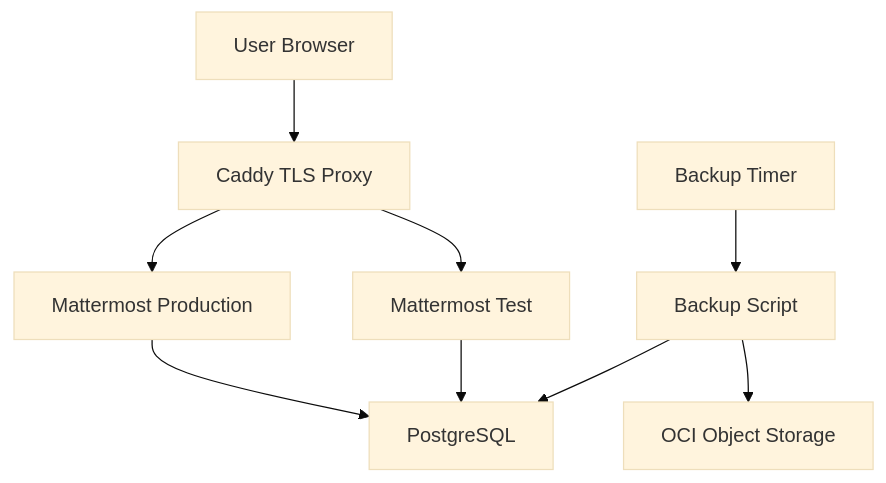
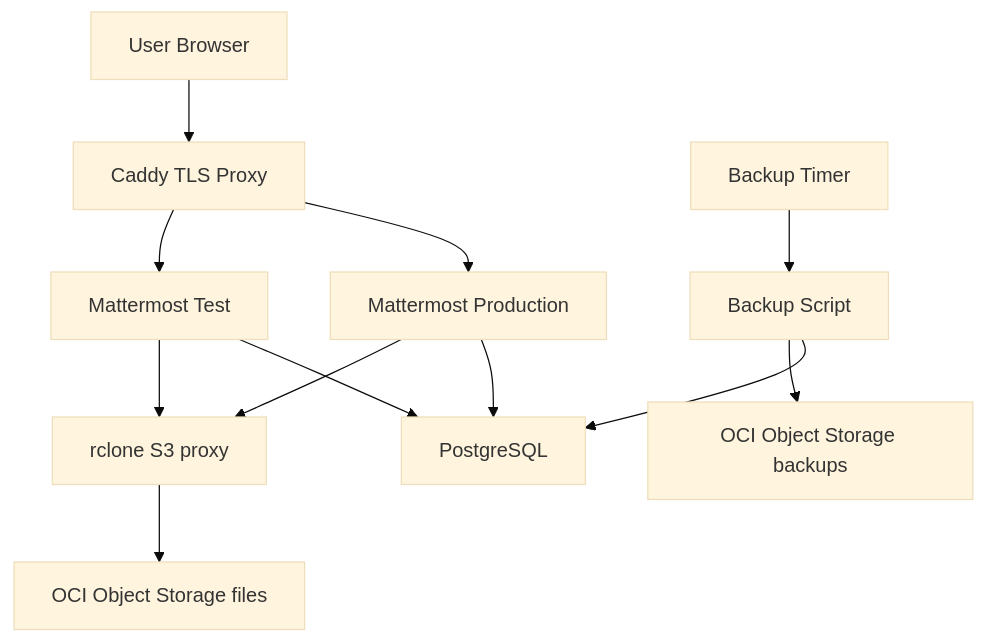
The diagram in docs/00-architecture.md (lucas-albers-lz4/mattermost-oci-deploy), drawn with Mermaid (base theme) before and after one commit. The commit also changed other lines of this file and 35 other files, not shown here.

````diff
--- a/docs/00-architecture.md
+++ b/docs/00-architecture.md
@@ -17,11 +18,14 @@
 ```mermaid
 flowchart TD
   userBrowser["User Browser"] --> caddy["Caddy TLS Proxy"]
   caddy --> prodApp["Mattermost Production"]
   caddy --> testApp["Mattermost Test"]
   prodApp --> postgres["PostgreSQL"]
   testApp --> postgres
+  prodApp --> filesProxy["rclone S3 proxy"]
+  testApp --> filesProxy
+  filesProxy --> filesBucket["OCI Object Storage files"]
   backupTimer["Backup Timer"] --> backupScript["Backup Script"]
   backupScript --> postgres
-  backupScript --> objectStorage["OCI Object Storage"]
+  backupScript --> backupBucket["OCI Object Storage backups"]
 ```
````
